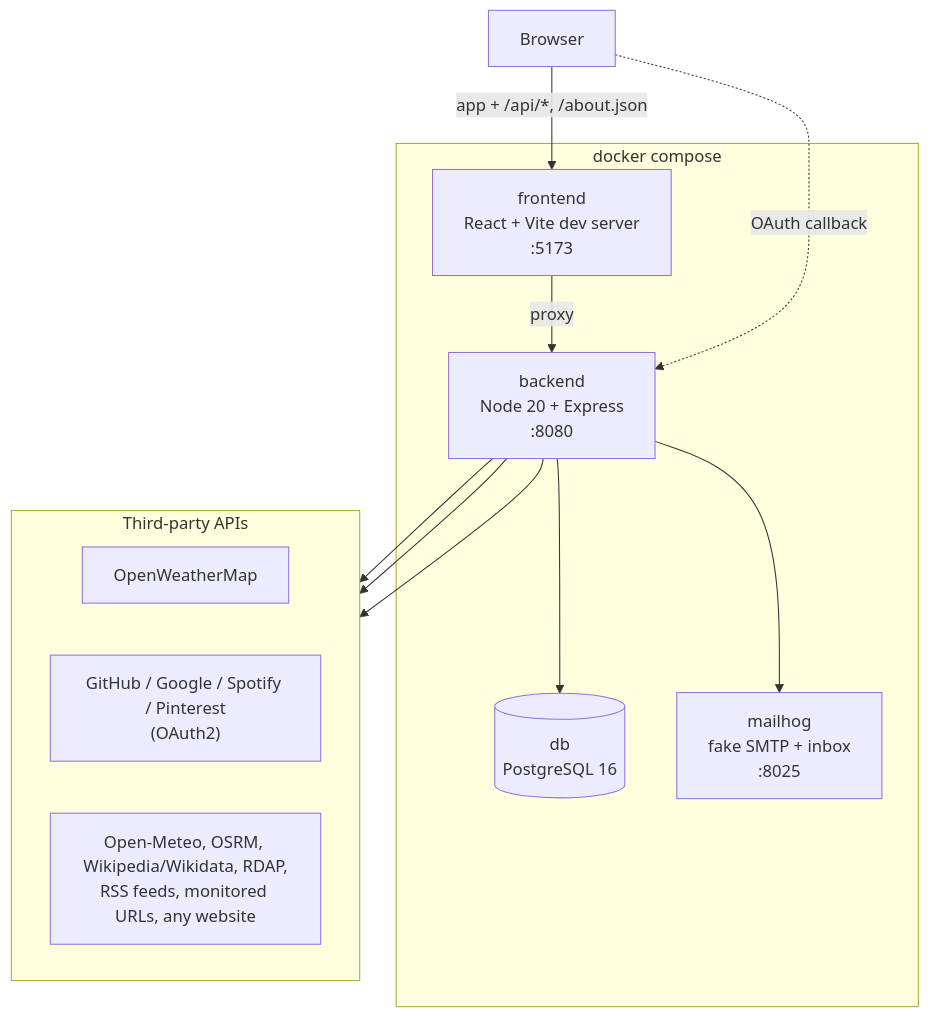
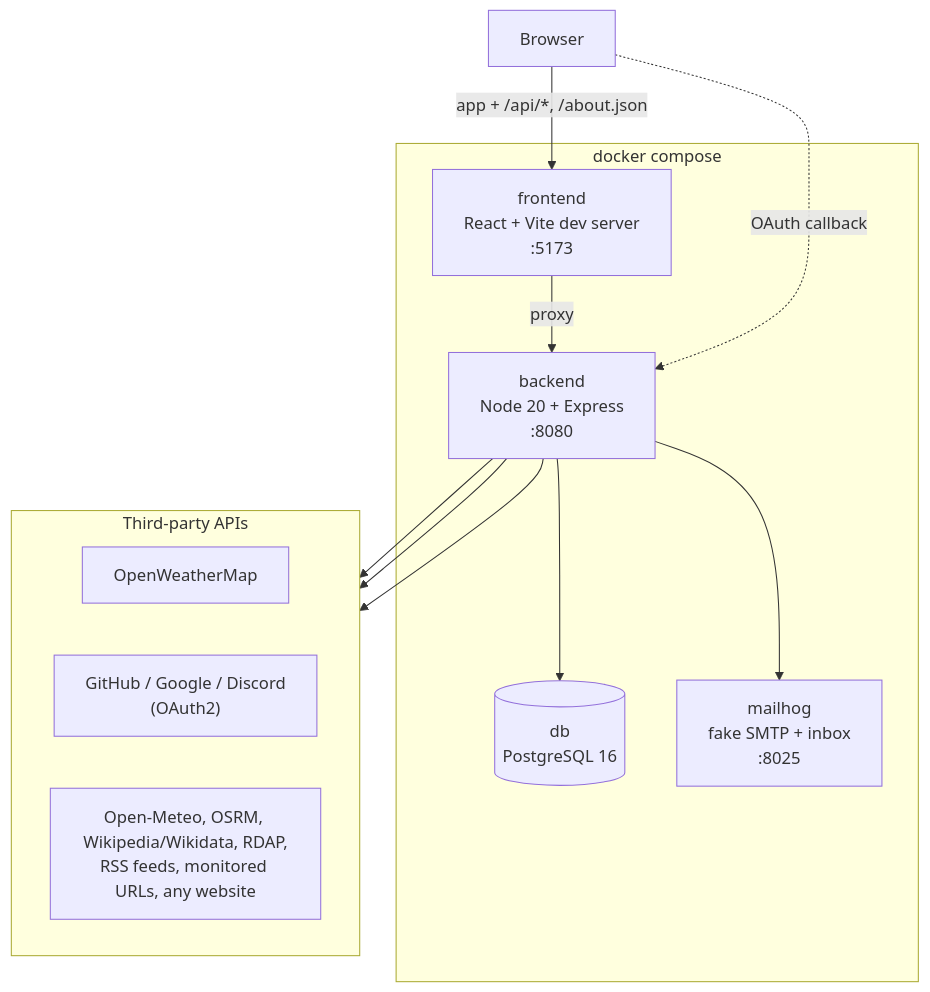
Before and after one commit to Inarie351/Dashboard: the diagram in docs/ARCHITECTURE.md, drawn with Mermaid. The commit also changed other lines of this file and 93 other files, not shown here.

Commit message:
switch to the Discord version of the project (replaces Spotify and Pinterest)

````diff
--- a/docs/ARCHITECTURE.md
+++ b/docs/ARCHITECTURE.md
@@ -22,24 +22,24 @@
 ```mermaid
 flowchart TB
     Browser["Browser"]
     subgraph compose["docker compose"]
         FE["frontend<br/>React + Vite dev server<br/>:5173"]
         BE["backend<br/>Node 20 + Express<br/>:8080"]
         DB[("db<br/>PostgreSQL 16")]
         MH["mailhog<br/>fake SMTP + inbox<br/>:8025"]
     end
     subgraph ext["Third-party APIs"]
         direction LR
         W["OpenWeatherMap"]
-        O["GitHub / Google / Spotify / Pinterest<br/>(OAuth2)"]
+        O["GitHub / Google / Discord<br/>(OAuth2)"]
         X["Open-Meteo, OSRM, Wikipedia/Wikidata, RDAP,<br/>RSS feeds, monitored URLs, any website"]
     end
     Browser -->|"app + /api/*, /about.json"| FE
     FE -->|"proxy"| BE
     Browser -.->|"OAuth callback"| BE
     BE --> DB
     BE --> MH
     BE --> W
     BE --> O
     BE --> X
 ```
````
